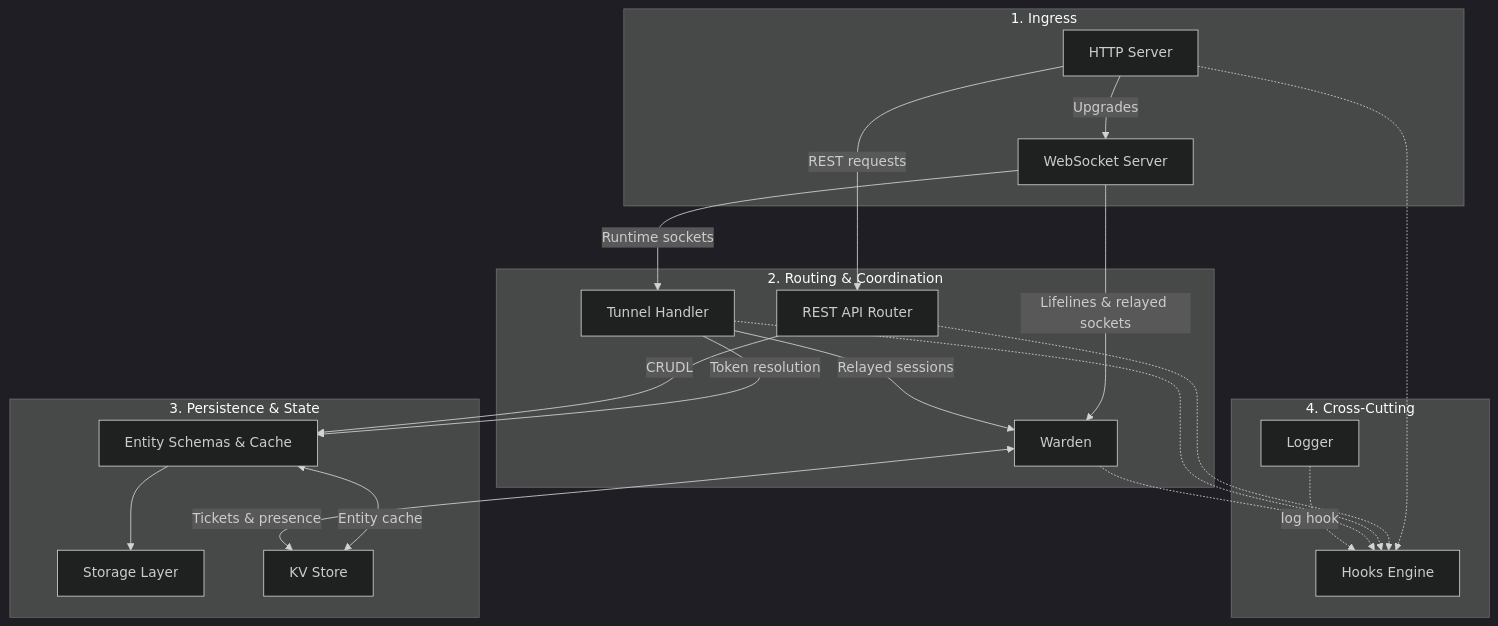
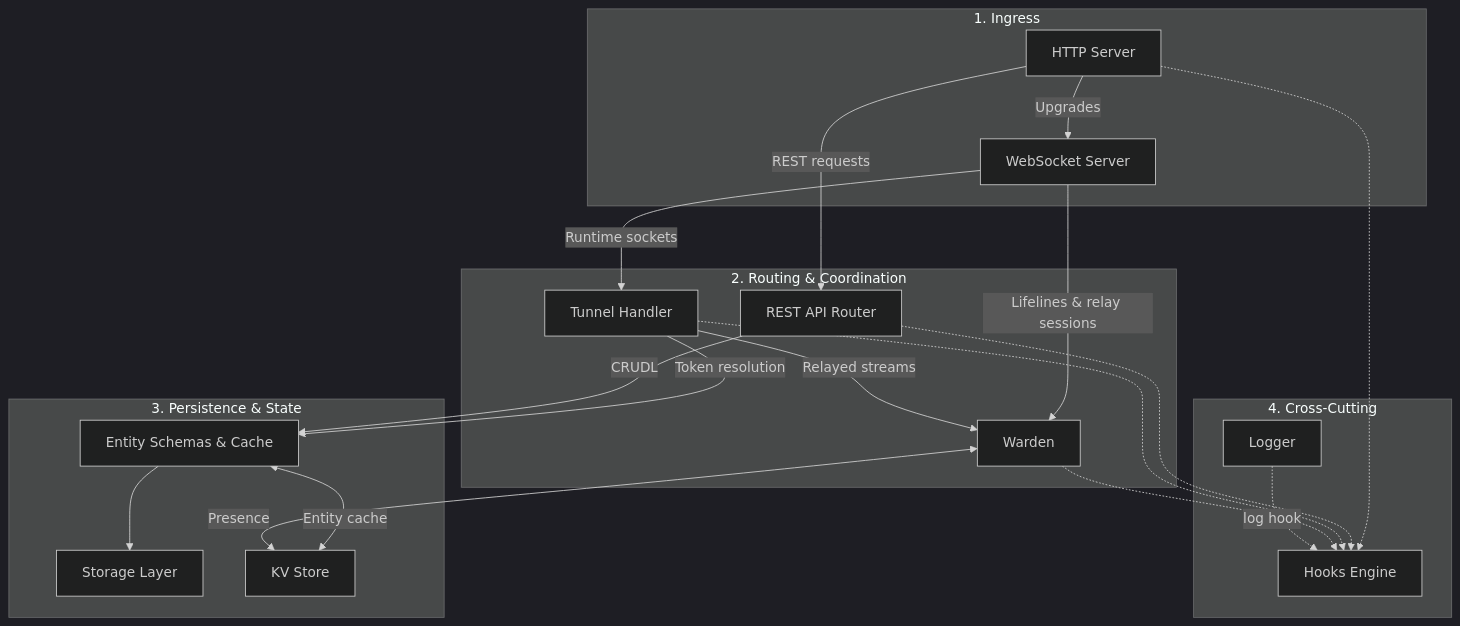
Before and after one commit to fullstackedorg/tunnels: the diagram in docs/1-concepts/internals.md, drawn with Mermaid (dark theme). The commit also changed other lines of this file and 56 other files, not shown here.

````diff
--- a/docs/1-concepts/internals.md
+++ b/docs/1-concepts/internals.md
@@ -3,41 +3,41 @@
 ```mermaid
 flowchart TD
     subgraph Ingress["1. Ingress"]
         HTTP["HTTP Server"]
         WS["WebSocket Server"]
     end
 
     subgraph Routing["2. Routing & Coordination"]
         API["REST API Router"]
         Tunnels["Tunnel Handler"]
         Warden["Warden"]
     end
 
     subgraph Data["3. Persistence & State"]
         Schemas["Entity Schemas & Cache"]
         Storage["Storage Layer"]
         KV["KV Store"]
     end
 
     subgraph Infra["4. Cross-Cutting"]
         Hooks["Hooks Engine"]
         Logger["Logger"]
     end
 
     HTTP -->|"REST requests"| API
     HTTP -->|"Upgrades"| WS
     WS -->|"Runtime sockets"| Tunnels
-    WS -->|"Lifelines & relayed sockets"| Warden
-    Tunnels -->|"Relayed sessions"| Warden
+    WS -->|"Lifelines & relay sessions"| Warden
+    Tunnels -->|"Relayed streams"| Warden
     Tunnels -->|"Token resolution"| Schemas
     API -->|"CRUDL"| Schemas
     Schemas --> Storage
     Schemas <-->|"Entity cache"| KV
-    Warden <-->|"Tickets & presence"| KV
+    Warden <-->|"Presence"| KV
 
     HTTP -.-> Hooks
     API -.-> Hooks
     Tunnels -.-> Hooks
     Warden -.-> Hooks
     Logger -.->|"log hook"| Hooks
 ```
````
